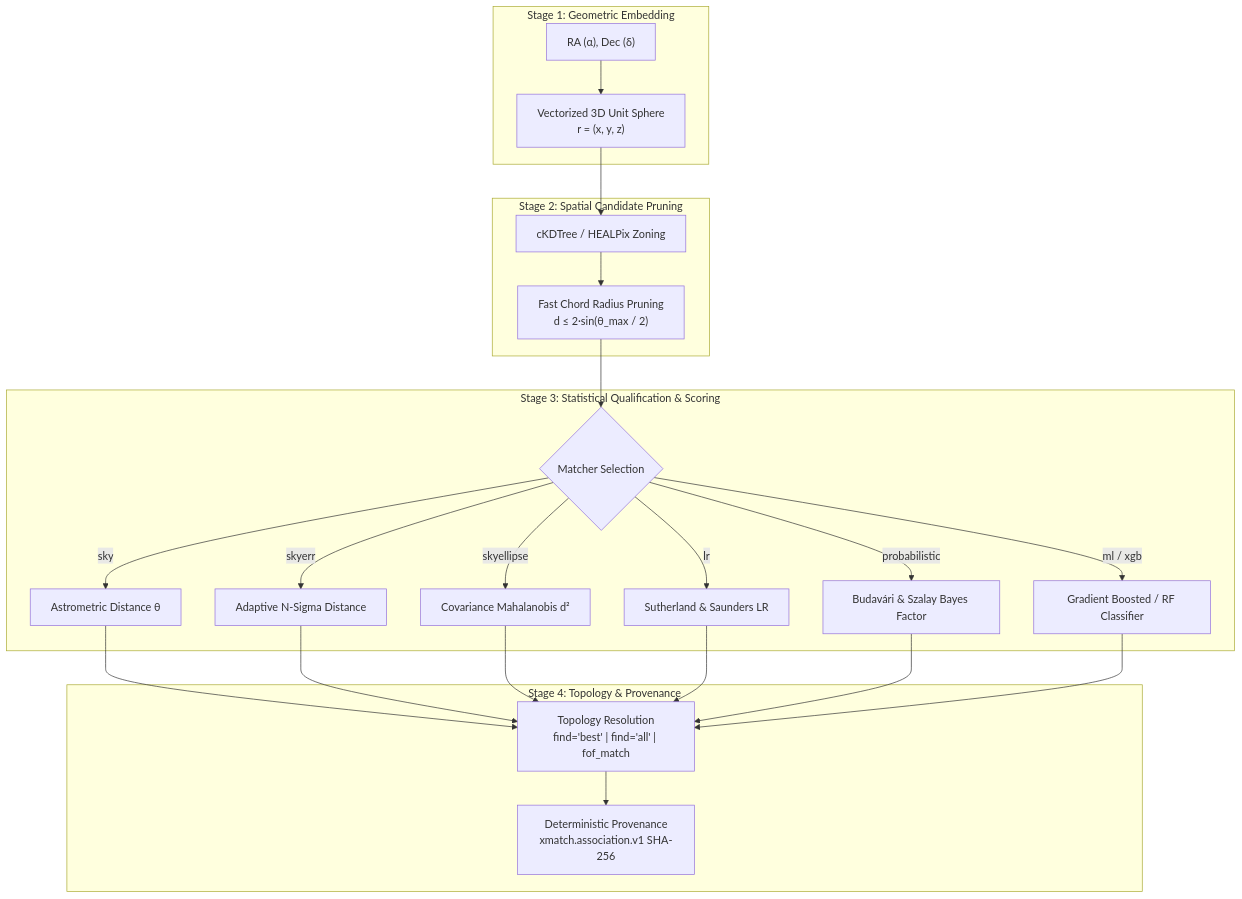
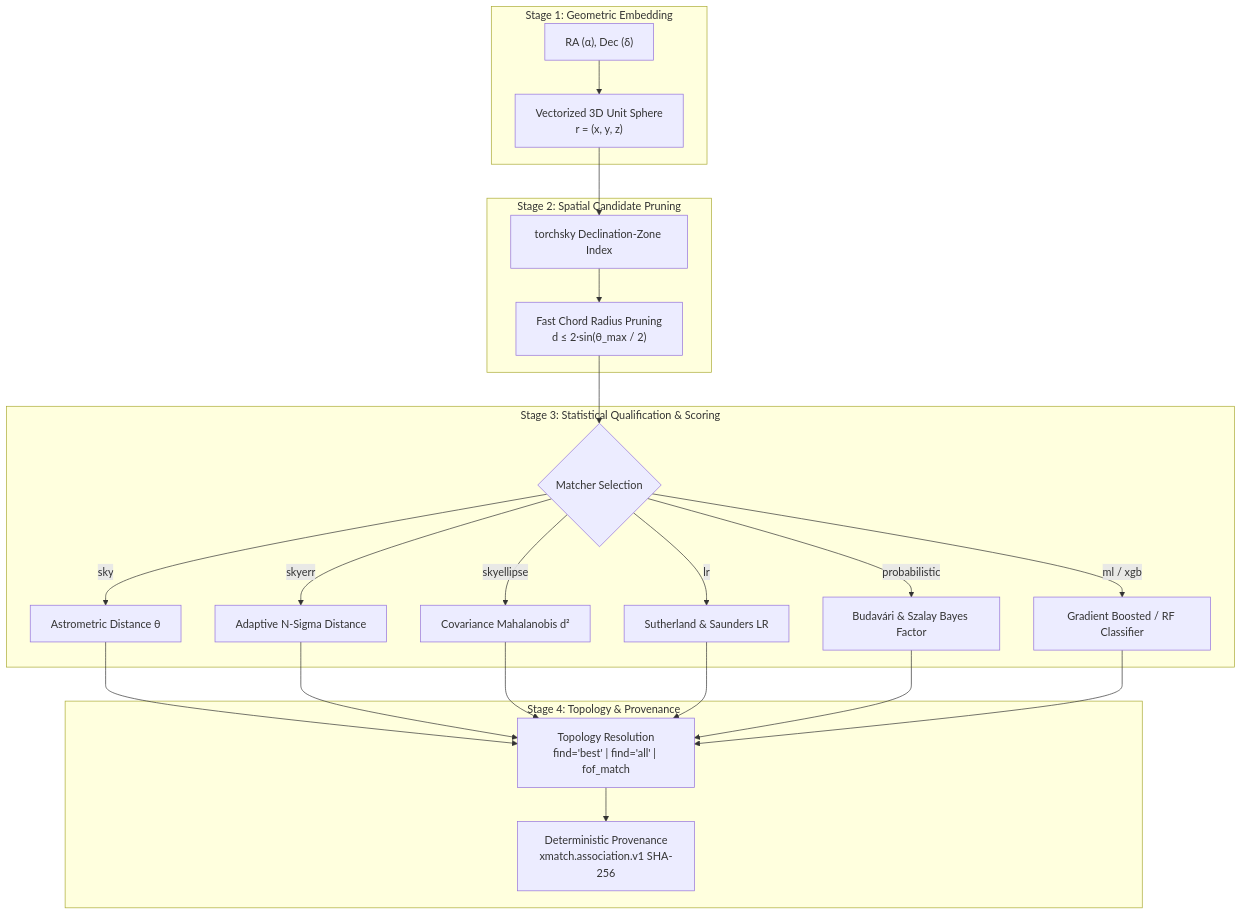
One commit to astroai/xmatcher changed the first of 6 diagrams in docs/algorithms.md. Above: the diagram before and after it, drawn with Mermaid. The commit also changed other lines of this file and 10 other files, not shown here.

First line of the commit message:
docs: drop stale cKDTree and xmatcher[torchsky] references

````diff
--- a/docs/algorithms.md
+++ b/docs/algorithms.md
@@ -23,31 +23,31 @@
 ```mermaid
 flowchart TD
     subgraph S1["Stage 1: Geometric Embedding"]
         C1["RA (α), Dec (δ)"] --> EMB["Vectorized 3D Unit Sphere<br/>r = (x, y, z)"]
     end
 
     subgraph S2["Stage 2: Spatial Candidate Pruning"]
-        EMB --> TREE["cKDTree / HEALPix Zoning"]
+        EMB --> TREE["torchsky Declination-Zone Index"]
         TREE --> PRUNE["Fast Chord Radius Pruning<br/>d &le; 2·sin(θ_max / 2)"]
     end
 
     subgraph S3["Stage 3: Statistical Qualification & Scoring"]
         PRUNE --> M_CHOICE{"Matcher Selection"}
         M_CHOICE -->|"sky"| SC_POS["Astrometric Distance θ"]
         M_CHOICE -->|"skyerr"| SC_SIG["Adaptive N-Sigma Distance"]
         M_CHOICE -->|"skyellipse"| SC_MAH["Covariance Mahalanobis d²"]
         M_CHOICE -->|"lr"| SC_LR["Sutherland & Saunders LR"]
         M_CHOICE -->|"probabilistic"| SC_BAYES["Budavári & Szalay Bayes Factor"]
         M_CHOICE -->|"ml / xgb"| SC_ML["Gradient Boosted / RF Classifier"]
     end
 
     subgraph S4["Stage 4: Topology & Provenance"]
         SC_POS --> TOP["Topology Resolution<br/>find='best' | find='all' | fof_match"]
         SC_SIG --> TOP
         SC_MAH --> TOP
         SC_LR --> TOP
         SC_BAYES --> TOP
         SC_ML --> TOP
         TOP --> ASSOC["Deterministic Provenance<br/>xmatch.association.v1 SHA-256"]
     end
 ```
````
